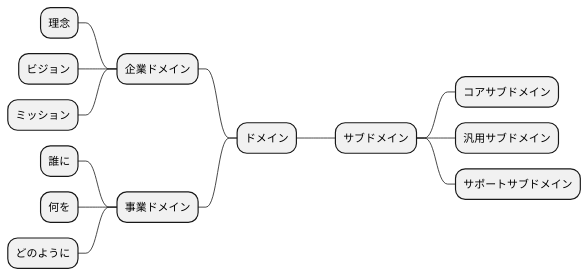
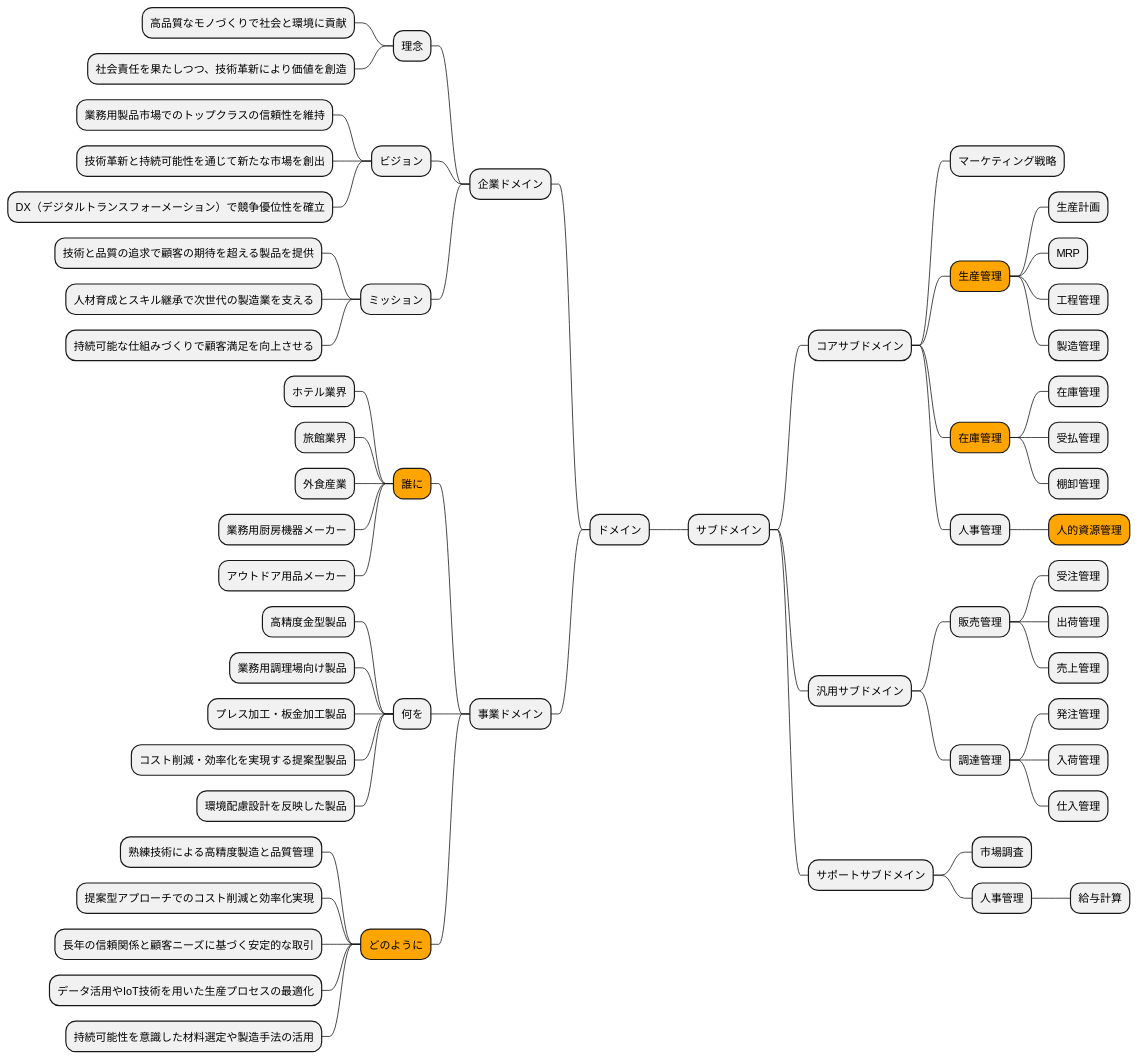
Before and after one commit to k2works/case-study-business-analysis: diagram 16 of 19 in docs/case/r04_case_3.adoc, drawn with PlantUML. The commit also changed other lines of this file, not shown here.

```diff
--- a/docs/case/r04_case_3.adoc
+++ b/docs/case/r04_case_3.adoc
@@ -881,25 +1030,71 @@
 [plantuml]
 ----
 @startmindmap
 
 * ドメイン
 
 left side
 ** 企業ドメイン
 *** 理念
+**** 高品質なモノづくりで社会と環境に貢献
+**** 社会責任を果たしつつ、技術革新により価値を創造
 *** ビジョン
+**** 業務用製品市場でのトップクラスの信頼性を維持
+**** 技術革新と持続可能性を通じて新たな市場を創出
+**** DX（デジタルトランスフォーメーション）で競争優位性を確立
 *** ミッション
+**** 技術と品質の追求で顧客の期待を超える製品を提供
+**** 人材育成とスキル継承で次世代の製造業を支える
+**** 持続可能な仕組みづくりで顧客満足を向上させる
 ** 事業ドメイン
-*** 誰に
+***[#orange] 誰に
+**** ホテル業界
+**** 旅館業界
+**** 外食産業
+**** 業務用厨房機器メーカー
+**** アウトドア用品メーカー
 *** 何を
-*** どのように
+**** 高精度金型製品
+**** 業務用調理場向け製品
+**** プレス加工・板金加工製品
+**** コスト削減・効率化を実現する提案型製品
+**** 環境配慮設計を反映した製品
+***[#orange] どのように
+**** 熟練技術による高精度製造と品質管理
+**** 提案型アプローチでのコスト削減と効率化実現
+**** 長年の信頼関係と顧客ニーズに基づく安定的な取引
+**** データ活用やIoT技術を用いた生産プロセスの最適化
+**** 持続可能性を意識した材料選定や製造手法の活用
 
 right side
 
 ** サブドメイン
 *** コアサブドメイン
+**** マーケティング戦略
+****[#orange] 生産管理
+***** 生産計画
+***** MRP
+***** 工程管理
+***** 製造管理
+****[#orange] 在庫管理
+***** 在庫管理
+***** 受払管理
+***** 棚卸管理
+**** 人事管理
+*****[#orange] 人的資源管理
 *** 汎用サブドメイン
+**** 販売管理
+***** 受注管理
+***** 出荷管理
+***** 売上管理
+**** 調達管理
+***** 発注管理
+***** 入荷管理
+***** 仕入管理
 *** サポートサブドメイン
+**** 市場調査
+**** 人事管理
+***** 給与計算
 
 @endmindmap
 ----
```
